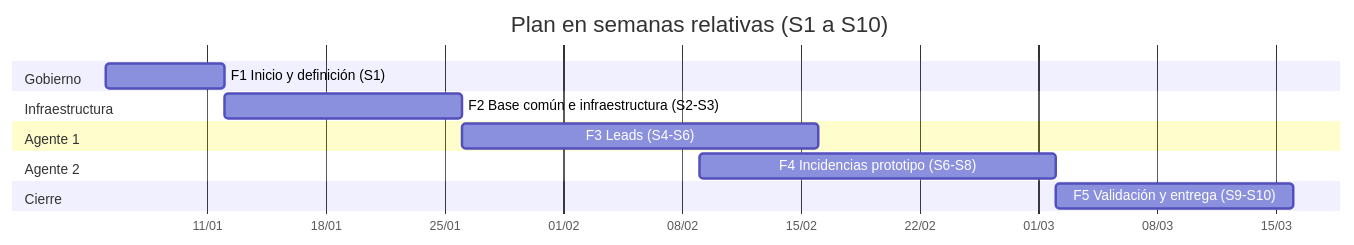
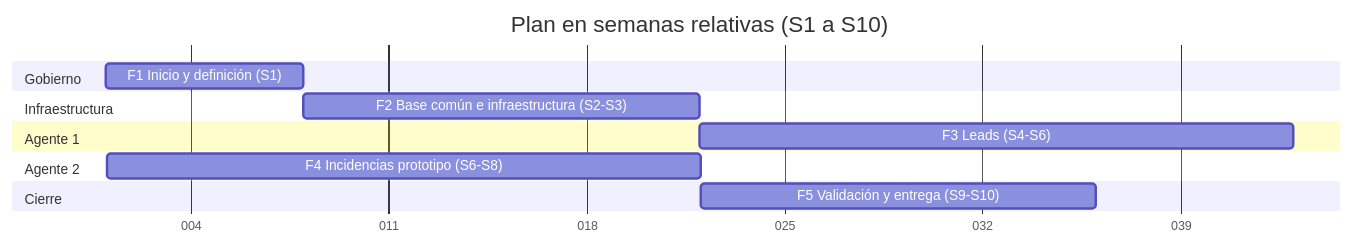
The diagram in docs/propuesta/1a-plan-proyecto.md (jpirela/bextia-entregables), drawn with Mermaid before and after one commit. The commit also changed other lines of this file and 3 other files, not shown here.

Commit message:
fix(propuesta): PII acotada al Agente 2, alcance explícito, Gantt relativo, nota Render, experiencia del proveedor, video BEXTIA agentes

````diff
--- a/docs/propuesta/1a-plan-proyecto.md
+++ b/docs/propuesta/1a-plan-proyecto.md
@@ -30,16 +30,16 @@
 ```mermaid
 gantt
     title Plan en semanas relativas (S1 a S10)
-    dateFormat YYYY-MM-DD
-    axisFormat %d/%m
+    dateFormat X
+    axisFormat %j
     section Gobierno
-    F1 Inicio y definición (S1)          :f1, 2026-01-05, 1w
+    F1 Inicio y definición (S1)          :f1, 0, 1w
     section Infraestructura
     F2 Base común e infraestructura (S2-S3) :f2, after f1, 2w
     section Agente 1
     F3 Leads (S4-S6)                     :f3, after f2, 3w
     section Agente 2
-    F4 Incidencias prototipo (S6-S8)     :f4, 2026-02-09, 3w
+    F4 Incidencias prototipo (S6-S8)     :f4, 3024000, 3w
     section Cierre
     F5 Validación y entrega (S9-S10)     :f5, after f4, 2w
 ```
````
